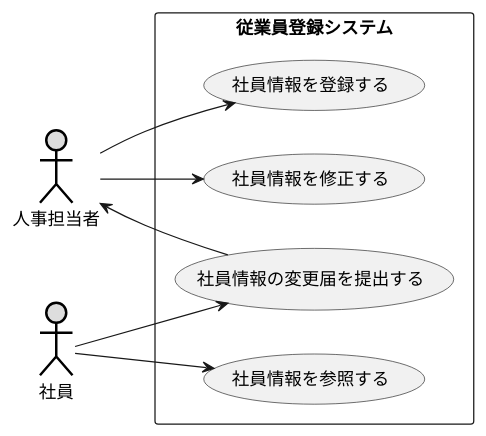
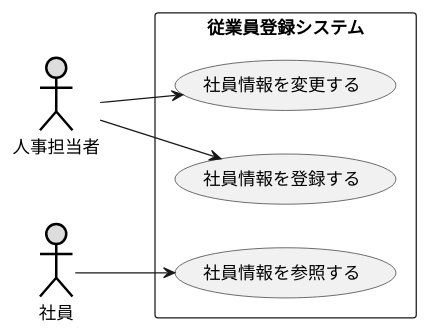
The diagram in 演習2-6_盛岡システム_従業員登録システム.pu (allface017/uml-introduction), drawn with PlantUML before and after one commit.

Commit message:
演習2-6

```diff
--- a/演習2-6_盛岡システム_従業員登録システム.pu
+++ b/演習2-6_盛岡システム_従業員登録システム.pu
@@ -1,23 +1,22 @@
 @startuml 例題3
 left to right direction
 
 actor 人事担当者 as you #DDDDDD;line:black;line.bold;
 actor 社員 as Say #DDDDDD;line:black;line.bold;
 
 rectangle 従業員登録システム {
 usecase 社員情報を登録する as A
 usecase 社員情報を参照する as B
-usecase 社員情報の変更届を提出する as C
-usecase 社員情報を修正する as D
+
+usecase 社員情報を変更する as D
 
 
 }
 
 
 you -->  A 
+you --> D
 Say --> B
-Say --> C
-you --> D
-C --> you 
+
 
 @enduml
```
